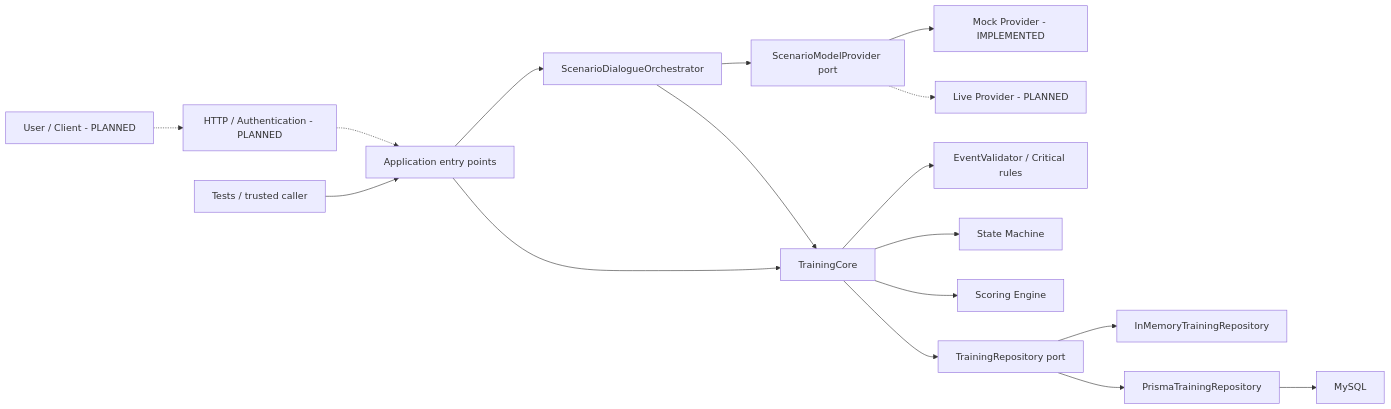
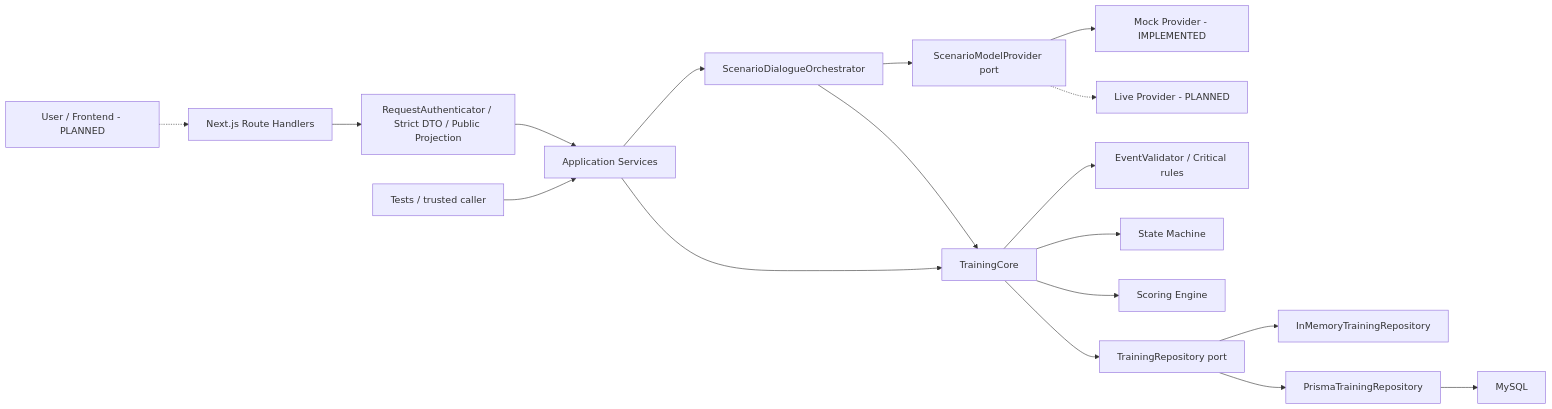
The diagram in docs/architecture.md (9Tanaka/Project_mitjee), drawn with Mermaid before and after one commit. The commit also changed other lines of this file and 32 other files, not shown here.

Commit message:
feat: add HTTP API and authentication boundary

````diff
--- a/docs/architecture.md
+++ b/docs/architecture.md
@@ -46,19 +46,20 @@
 ```mermaid
 flowchart LR
-    futureClient["User / Client - PLANNED"] -.-> futureBoundary["HTTP / Authentication - PLANNED"]
-    futureBoundary -.-> entry["Application entry points"]
+    futureClient["User / Frontend - PLANNED"] -.-> http["Next.js Route Handlers"]
+    http --> auth["RequestAuthenticator / Strict DTO / Public Projection"]
+    auth --> entry["Application Services"]
     tests["Tests / trusted caller"] --> entry
     entry --> dialogue["ScenarioDialogueOrchestrator"]
     entry --> core["TrainingCore"]
     dialogue --> provider["ScenarioModelProvider port"]
     provider --> mock["Mock Provider - IMPLEMENTED"]
     provider -.-> live["Live Provider - PLANNED"]
     dialogue --> core
     core --> validator["EventValidator / Critical rules"]
     core --> stateMachine["State Machine"]
     core --> scoring["Scoring Engine"]
     core --> repository["TrainingRepository port"]
     repository --> memory["InMemoryTrainingRepository"]
     repository --> prisma["PrismaTrainingRepository"]
     prisma --> mysql["MySQL"]
 ```
````
